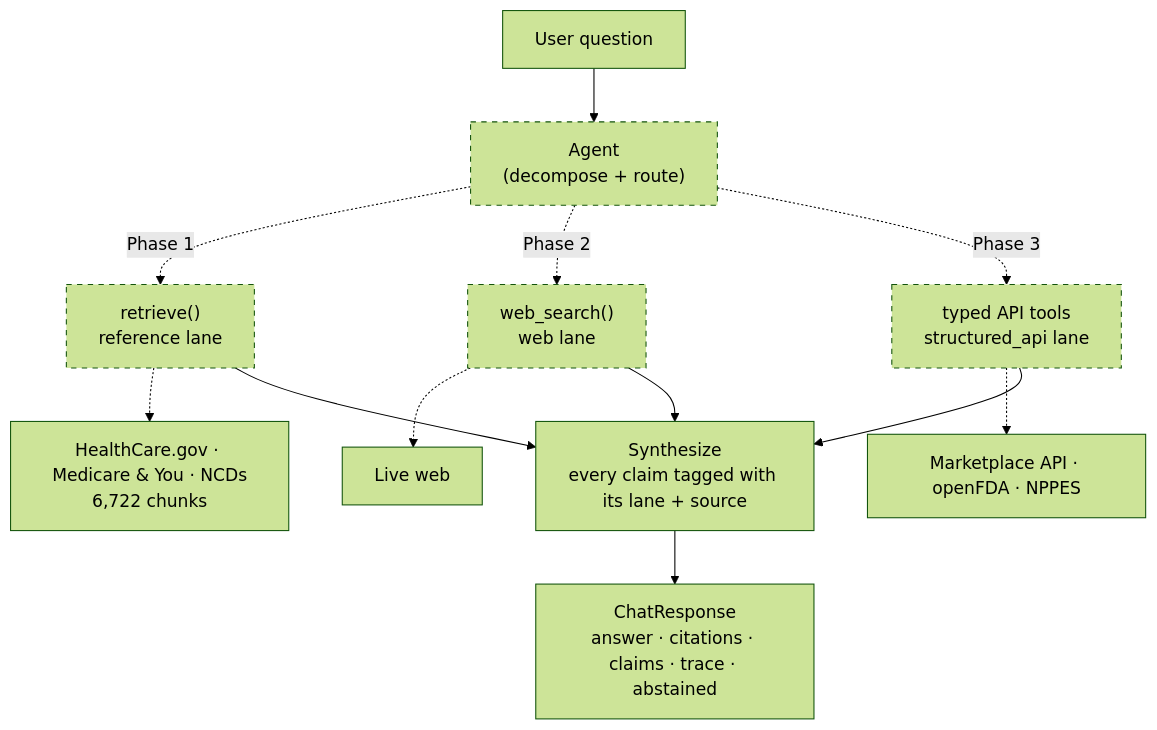
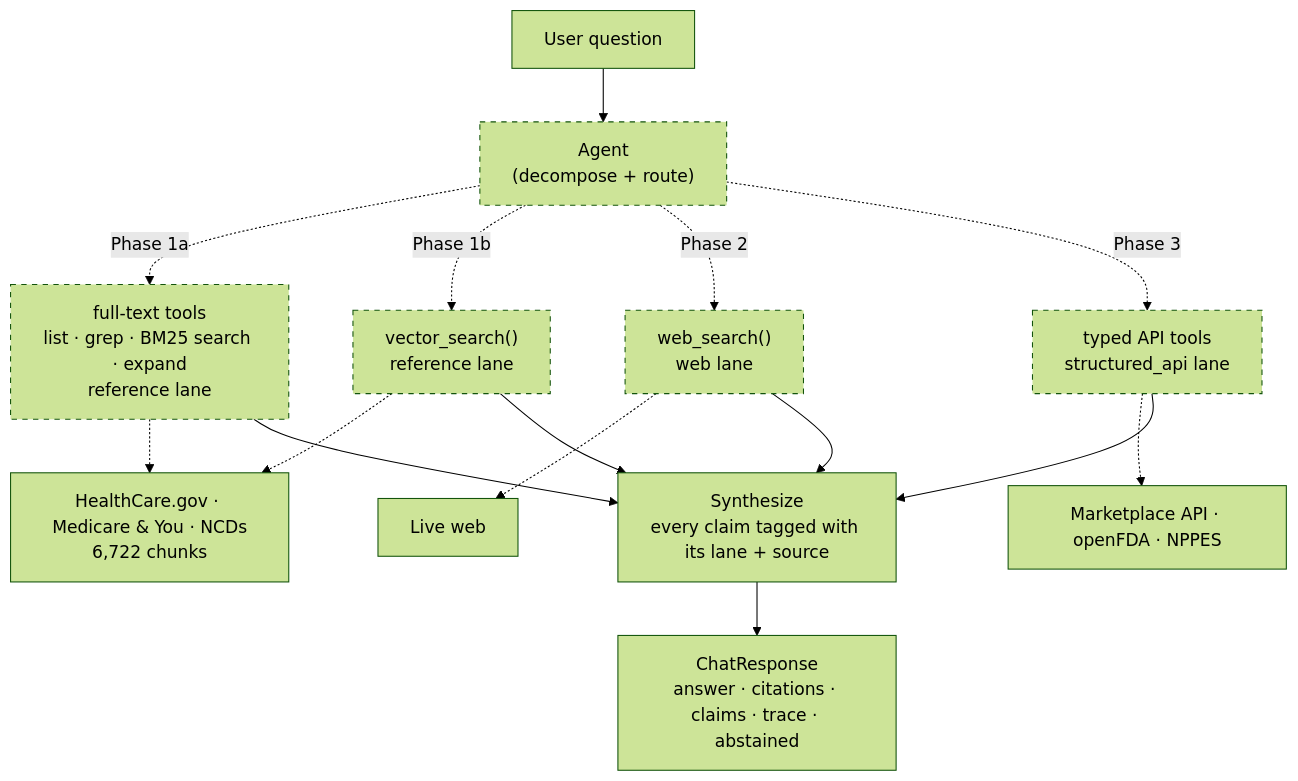
The first of 3 diagrams in README.md (ohandyya/health-coverage-navigator), drawn with Mermaid (forest theme) before and after one commit. The commit also changed other lines of this file and 8 other files, not shown here.

First line of the commit message:
Refactor README and documentation to clarify agent architecture and t… (#14)

````diff
--- a/README.md
+++ b/README.md
@@ -76,22 +85,26 @@
 ```mermaid
 flowchart TD
     Q["User question"] --> AG["Agent<br/>(decompose + route)"]
 
-    AG -.->|Phase 1| R["retrieve()<br/>reference lane"]
+    AG -.->|Phase 1a| R["full-text tools<br/>list · grep · BM25 search · expand<br/>reference lane"]
+    AG -.->|Phase 1b| V["vector_search()<br/>reference lane"]
     AG -.->|Phase 2| W["web_search()<br/>web lane"]
     AG -.->|Phase 3| S["typed API tools<br/>structured_api lane"]
 
     R -.-> C1["HealthCare.gov · Medicare &amp; You · NCDs<br/>6,722 chunks"]
+    V -.-> C1
     W -.-> C2["Live web"]
     S -.-> C3["Marketplace API · openFDA · NPPES"]
 
     R --> SY["Synthesize<br/>every claim tagged with its lane + source"]
+    V --> SY
     W --> SY
     S --> SY
     SY --> RESP["ChatResponse<br/>answer · citations · claims · trace · abstained"]
 
     style AG stroke-dasharray: 5 5
     style R stroke-dasharray: 5 5
+    style V stroke-dasharray: 5 5
     style W stroke-dasharray: 5 5
     style S stroke-dasharray: 5 5
 ```
````
